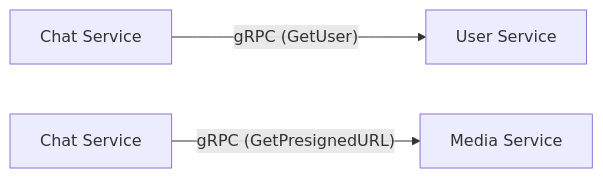
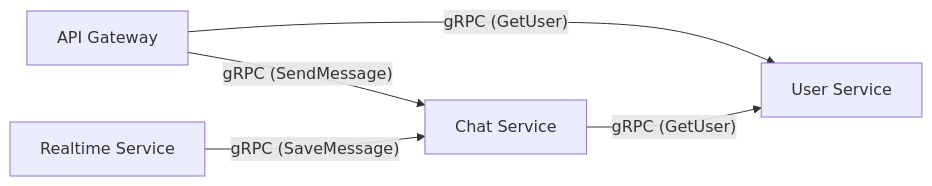
One commit to shunto-ishiguro/go-microservices-chat changed the first of 6 diagrams in docs/architecture/microservices.md. Above: the diagram before and after it, drawn with Mermaid. The commit also changed other lines of this file and 3 other files, not shown here.

First line of the commit message:
docs: architecture docs を新スコープに合わせて全面更新

````diff
--- a/docs/architecture/microservices.md
+++ b/docs/architecture/microservices.md
@@ -141,5 +116,7 @@
 ```mermaid
 graph LR
-    CS1[Chat Service] -->|"gRPC (GetUser)"| US[User Service]
-    CS2[Chat Service] -->|"gRPC (GetPresignedURL)"| MS[Media Service]
+    GW[API Gateway] -->|"gRPC (GetUser)"| US[User Service]
+    GW -->|"gRPC (SendMessage)"| CS[Chat Service]
+    RS[Realtime Service] -->|"gRPC (SaveMessage)"| CS
+    CS -->|"gRPC (GetUser)"| US
 ```
````
